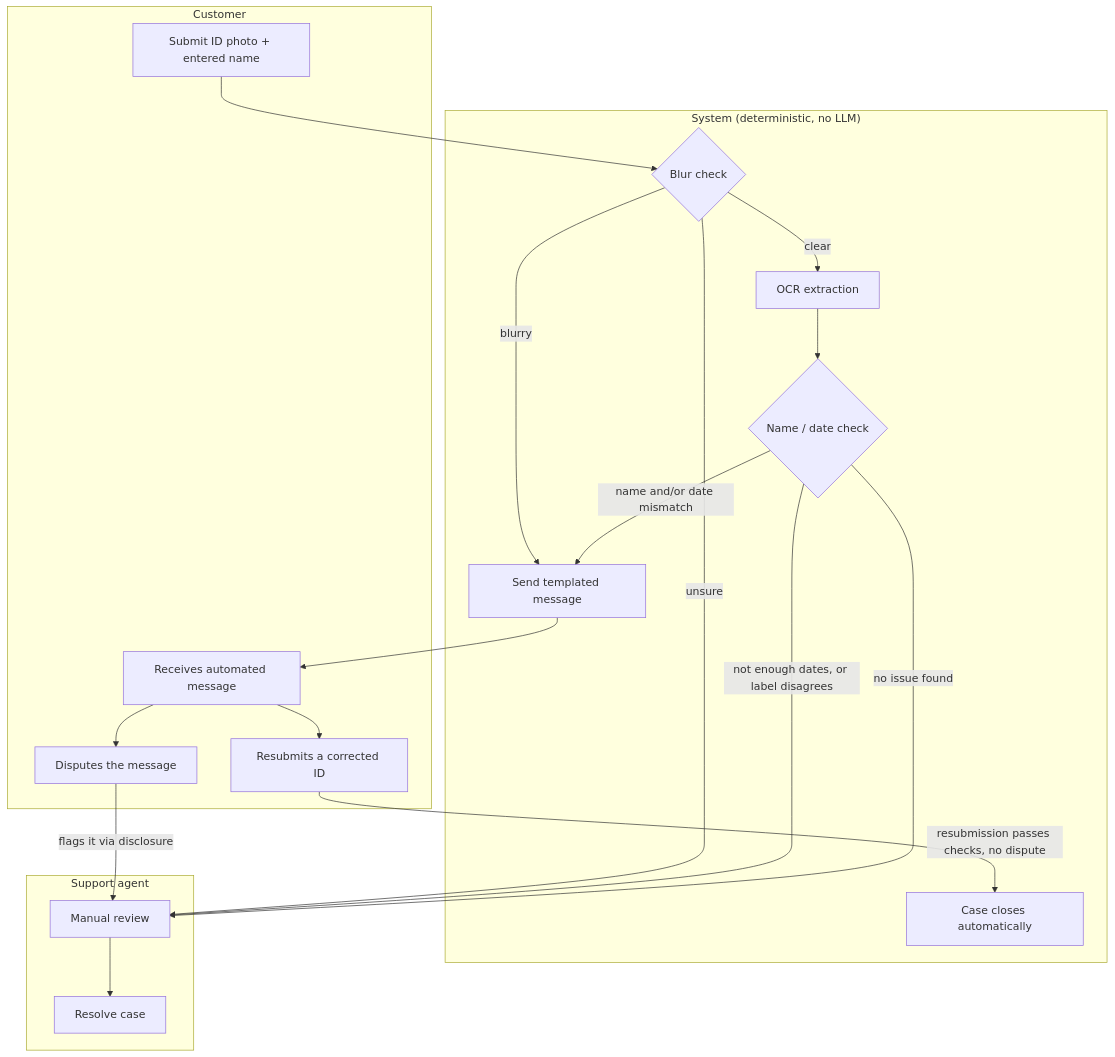
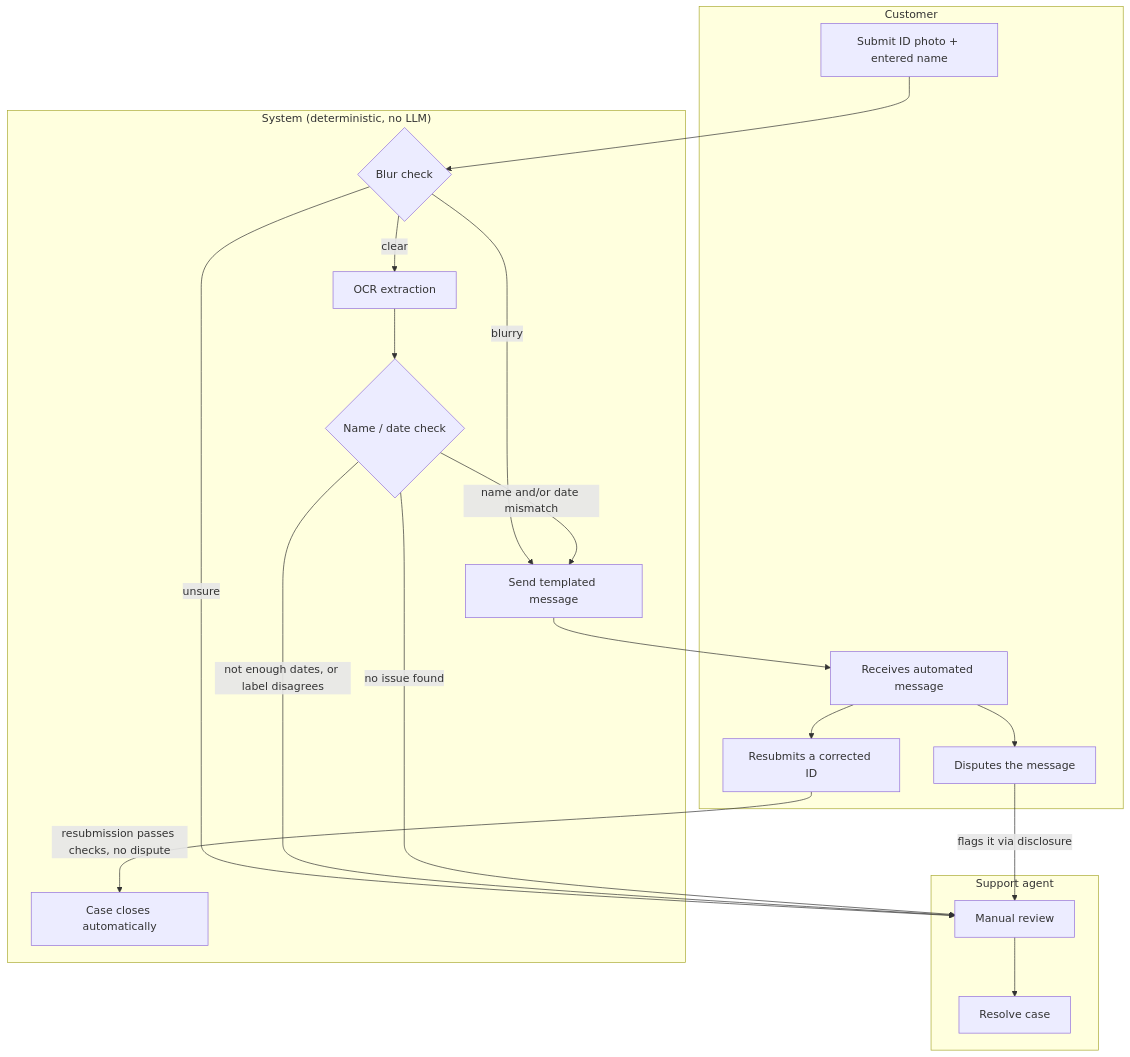
The diagram in README.md (SalsabeelNasr/voltify), drawn with Mermaid before and after one commit. The commit also changed other lines of this file, not shown here.

First line of the commit message:
Reorder flowchart subgraphs, Customer on the right

````diff
--- a/README.md
+++ b/README.md
@@ -12,37 +12,37 @@
 ```mermaid
 flowchart TD
-    subgraph Customer
-        A[Submit ID photo + entered name]
-        H[Receives automated message]
-        I[Disputes the message]
-        K[Resubmits a corrected ID]
+    subgraph Support["Support agent"]
+        F[Manual review]
+        G[Resolve case]
     end
 
     subgraph System["System (deterministic, no LLM)"]
         B{Blur check}
         C[OCR extraction]
         D{Name / date check}
         E[Send templated message]
         L[Case closes automatically]
     end
 
-    subgraph Support["Support agent"]
-        F[Manual review]
-        G[Resolve case]
+    subgraph Customer
+        A[Submit ID photo + entered name]
+        H[Receives automated message]
+        I[Disputes the message]
+        K[Resubmits a corrected ID]
     end
 
     A --> B
     B -->|blurry| E
     B -->|unsure| F
     B -->|clear| C
     C --> D
     D -->|not enough dates, or label disagrees| F
     D -->|name and/or date mismatch| E
     D -->|no issue found| F
     E --> H
     H --> I
     H --> K
     I -->|flags it via disclosure| F
     K -->|resubmission passes checks, no dispute| L
     F --> G
 ```
````
